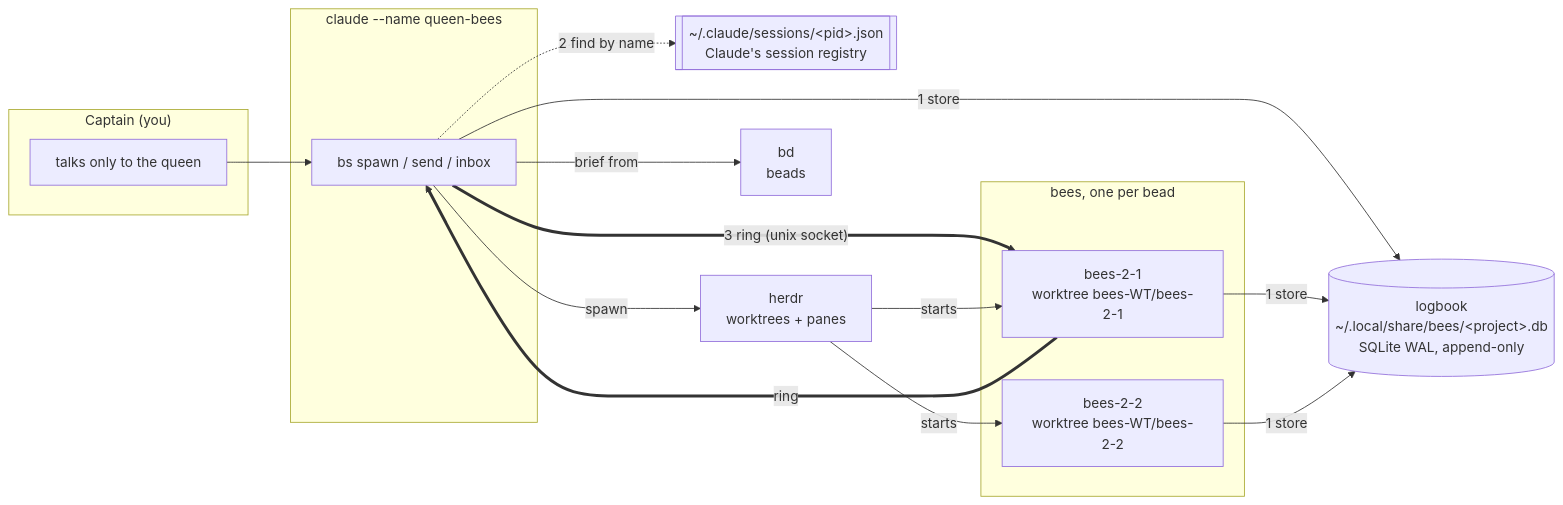
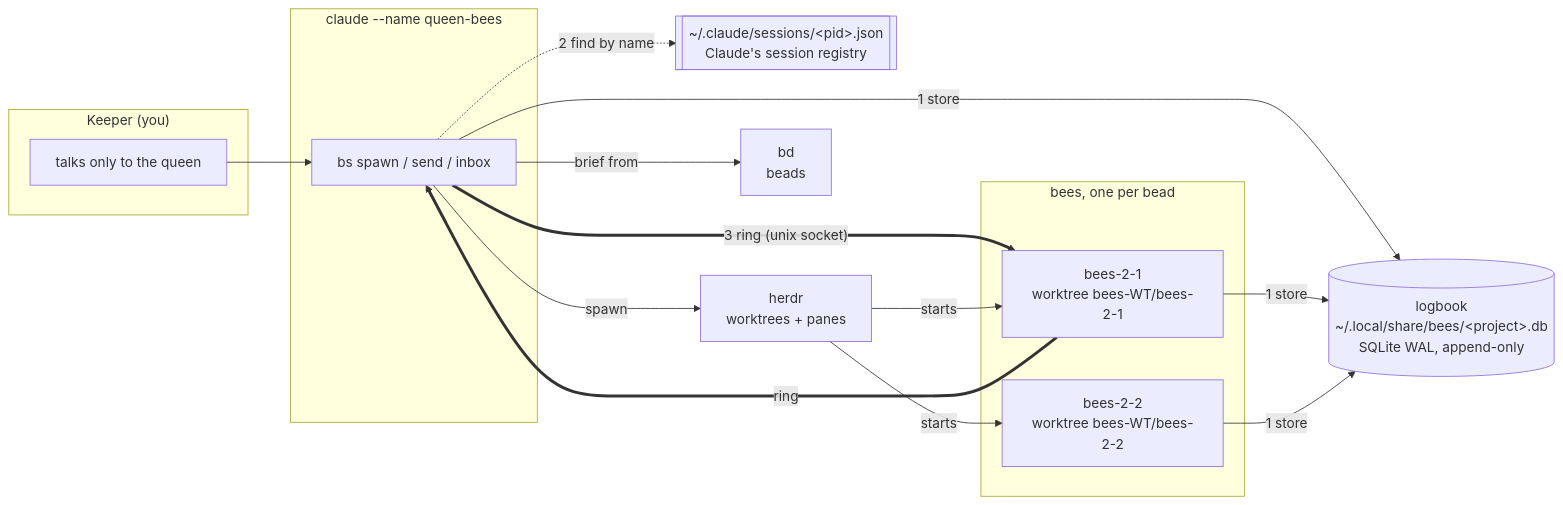
One commit to jmmshn/bees changed the first of 4 diagrams in README.md. Above: the diagram before and after it, drawn with Mermaid. The commit also changed other lines of this file and 50 other files, not shown here.

First line of the commit message:
Rename captain → keeper, the human's role (bees-1.46) (#24)

````diff
--- a/README.md
+++ b/README.md
@@ -115,29 +115,29 @@
 ```mermaid
 flowchart LR
-    subgraph captain["Captain (you)"]
+    subgraph keeper["Keeper (you)"]
         H[talks only to the queen]
     end
     subgraph queen["claude --name queen-bees"]
         C[bs spawn / send / inbox]
     end
     subgraph bees["bees, one per bead"]
         P1["bees-2-1<br/>worktree bees-WT/bees-2-1"]
         P2["bees-2-2<br/>worktree bees-WT/bees-2-2"]
     end
     LB[("logbook<br/>~/.local/share/bees/&lt;project&gt;.db<br/>SQLite WAL, append-only")]
     REG[["~/.claude/sessions/&lt;pid&gt;.json<br/>Claude's session registry"]]
     HD[herdr<br/>worktrees + panes]
     BD[bd<br/>beads]
 
     H --> C
     C -- "1 store" --> LB
     P1 -- "1 store" --> LB
     P2 -- "1 store" --> LB
     C -. "2 find by name" .-> REG
     C == "3 ring (unix socket)" ==> P1
     P1 == "ring" ==> C
     C -- "spawn" --> HD
     C -- "brief from" --> BD
     HD -- "starts" --> P1
     HD -- "starts" --> P2
 ```
````
